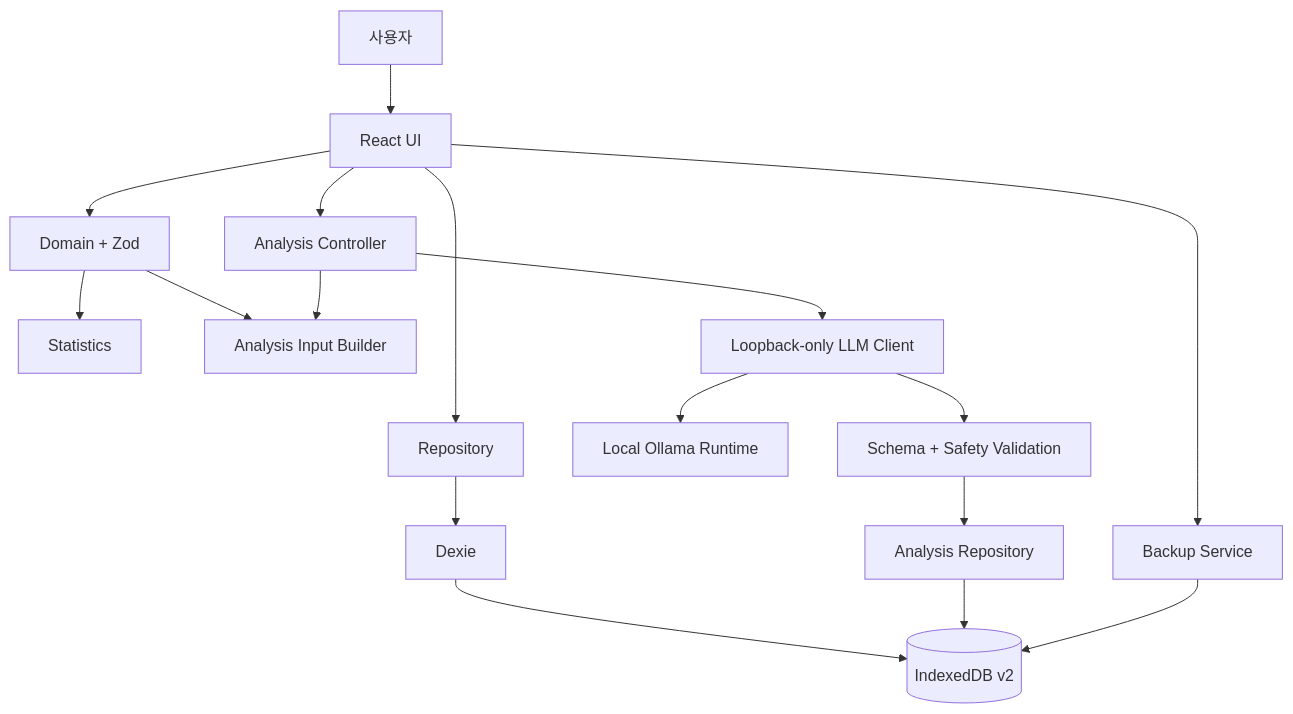
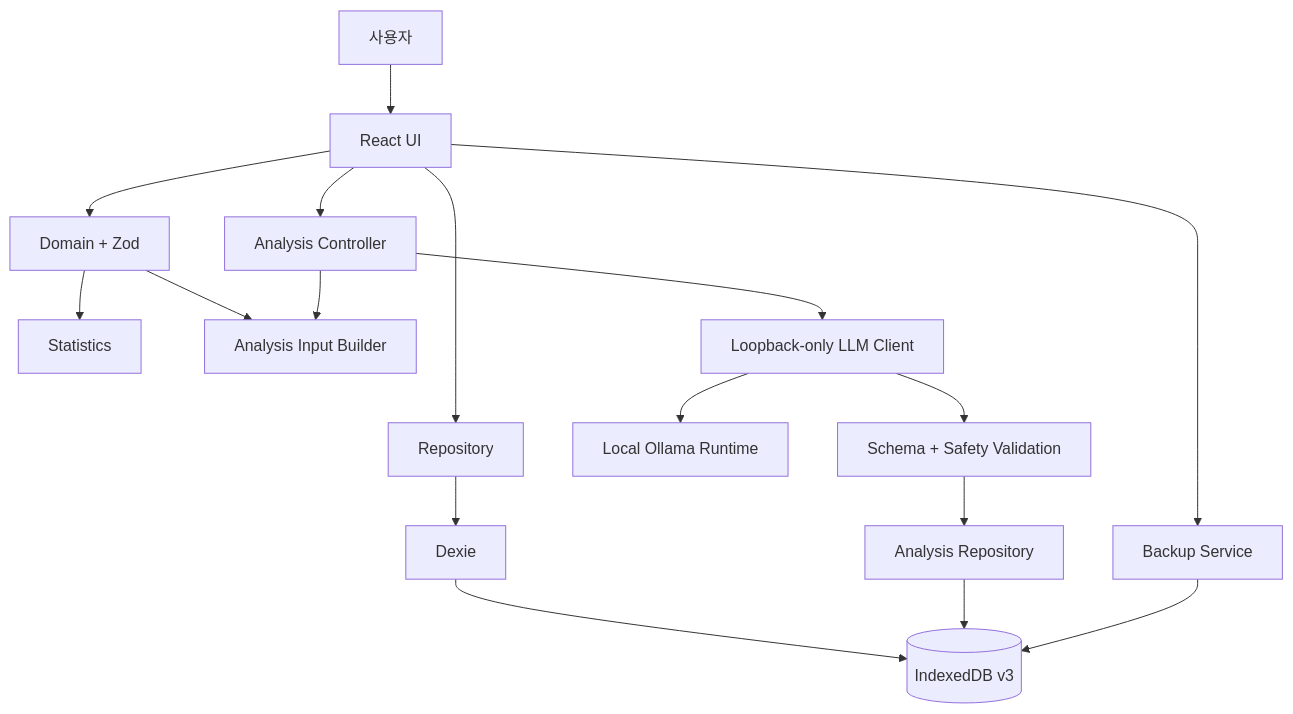
One commit to Mikang-K/Daily-Logger changed the second of 2 diagrams in README.md. Above: the diagram before and after it, drawn with Mermaid. The commit also changed other lines of this file and 4 other files, not shown here.

````diff
--- a/README.md
+++ b/README.md
@@ -113,23 +135,23 @@
 ```mermaid
 flowchart TD
     U[사용자] --> UI[React UI]
 
     UI --> D[Domain + Zod]
     D --> ST[Statistics]
     D --> AB[Analysis Input Builder]
 
     UI --> R[Repository]
     R --> DX[Dexie]
-    DX --> IDB[(IndexedDB v2)]
+    DX --> IDB[(IndexedDB v3)]
 
     UI --> AC[Analysis Controller]
     AC --> AB
     AC --> LC[Loopback-only LLM Client]
     LC --> OL[Local Ollama Runtime]
     LC --> SV[Schema + Safety Validation]
     SV --> AR[Analysis Repository]
     AR --> IDB
 
     UI --> BS[Backup Service]
     BS --> IDB
 ```
````
